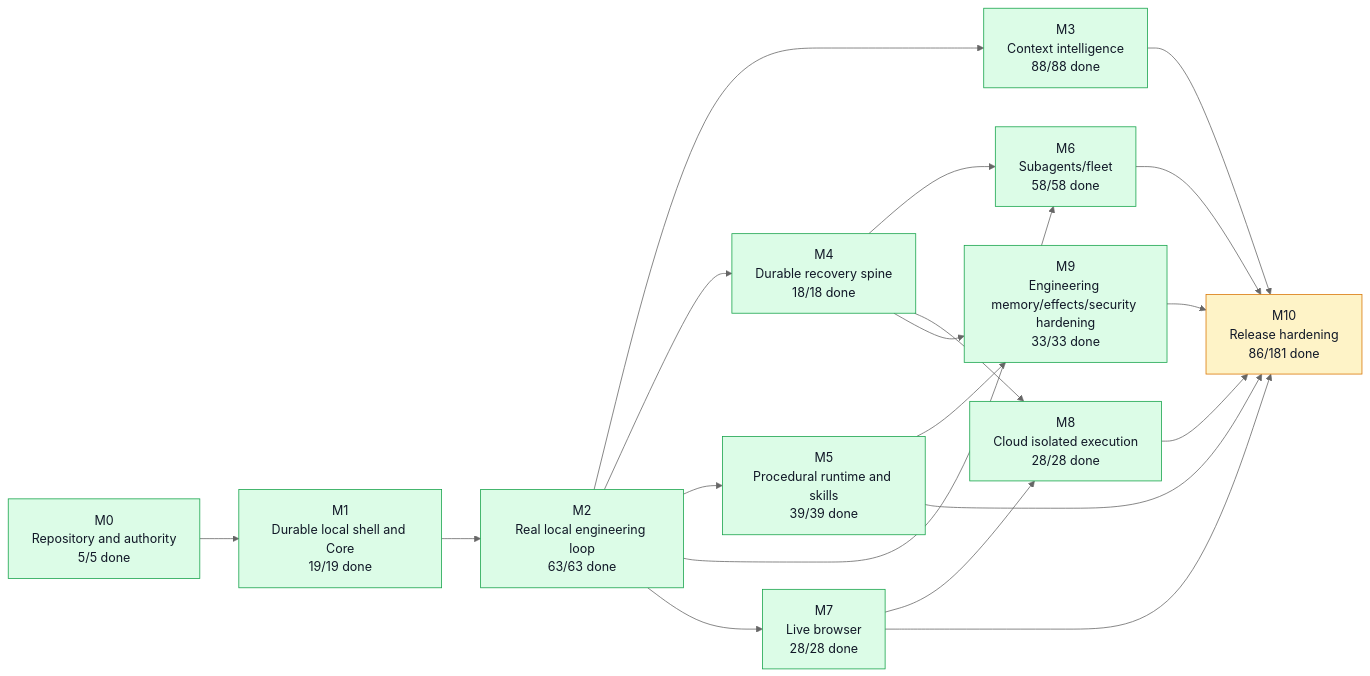
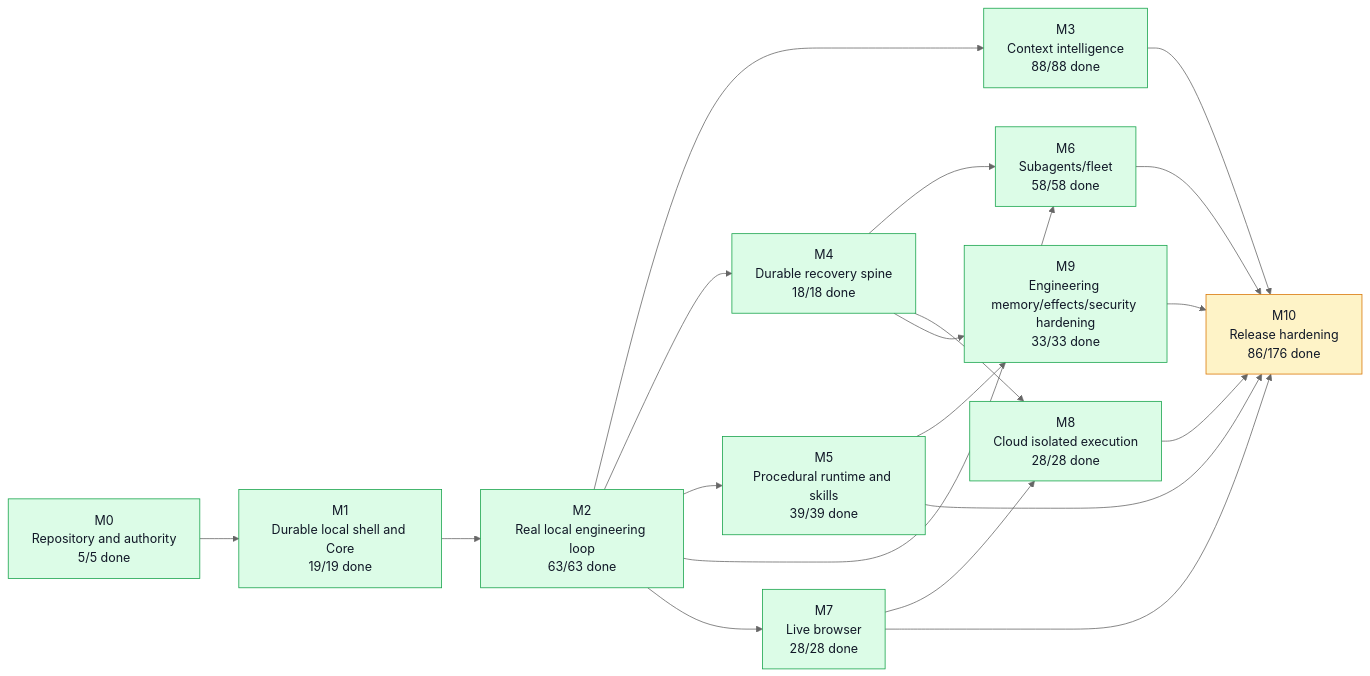
One commit to moss101/modbit changed the first of 5 diagrams in graph/PROJECT_GRAPH.md. Above: the diagram before and after it, drawn with Mermaid (neutral theme). The commit also changed other lines of this file and 23 other files, not shown here.

````diff
--- a/graph/PROJECT_GRAPH.md
+++ b/graph/PROJECT_GRAPH.md
@@ -57,43 +57,43 @@
 ```mermaid
 flowchart LR
   M0["M0<br/>Repository and authority<br/>5/5 done"]
   M1["M1<br/>Durable local shell and Core<br/>19/19 done"]
   M2["M2<br/>Real local engineering loop<br/>63/63 done"]
   M3["M3<br/>Context intelligence<br/>88/88 done"]
   M4["M4<br/>Durable recovery spine<br/>18/18 done"]
   M5["M5<br/>Procedural runtime and skills<br/>39/39 done"]
   M6["M6<br/>Subagents/fleet<br/>58/58 done"]
   M7["M7<br/>Live browser<br/>28/28 done"]
   M8["M8<br/>Cloud isolated execution<br/>28/28 done"]
   M9["M9<br/>Engineering memory/effects/security hardening<br/>33/33 done"]
-  M10["M10<br/>Release hardening<br/>86/181 done"]
+  M10["M10<br/>Release hardening<br/>86/176 done"]
   M0 --> M1
   M1 --> M2
   M2 --> M3
   M2 --> M4
   M2 --> M5
   M2 --> M6
   M4 --> M6
   M2 --> M7
   M4 --> M8
   M7 --> M8
   M4 --> M9
   M5 --> M9
   M3 --> M10
   M5 --> M10
   M6 --> M10
   M7 --> M10
   M8 --> M10
   M9 --> M10
   style M0 fill:#dcfce7,stroke:#16a34a,color:#111827
   style M1 fill:#dcfce7,stroke:#16a34a,color:#111827
   style M2 fill:#dcfce7,stroke:#16a34a,color:#111827
   style M3 fill:#dcfce7,stroke:#16a34a,color:#111827
   style M4 fill:#dcfce7,stroke:#16a34a,color:#111827
   style M5 fill:#dcfce7,stroke:#16a34a,color:#111827
   style M6 fill:#dcfce7,stroke:#16a34a,color:#111827
   style M7 fill:#dcfce7,stroke:#16a34a,color:#111827
   style M8 fill:#dcfce7,stroke:#16a34a,color:#111827
   style M9 fill:#dcfce7,stroke:#16a34a,color:#111827
   style M10 fill:#fef3c7,stroke:#d97706,color:#111827
 ```
````
